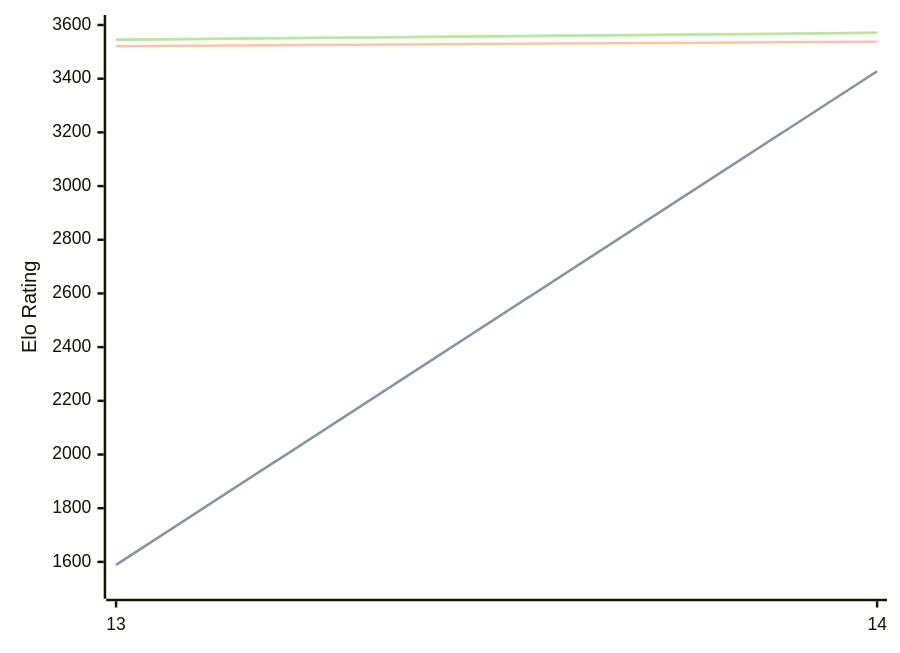
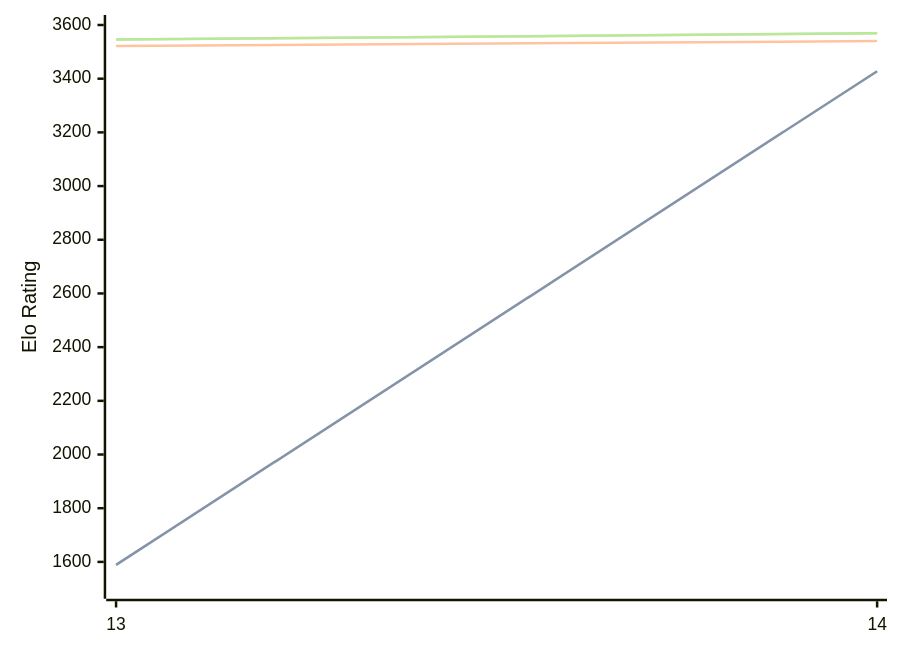
The diagram in engines/Berserk.md (computer-chess-index/cci), drawn with Mermaid before and after one commit. The commit also changed other lines of this file, not shown here.

Commit message:
Update CCI Ratings (ELO VLTC) - 2026-08-20

````diff
--- a/engines/Berserk.md
+++ b/engines/Berserk.md
@@ -33,11 +33,11 @@
 ```mermaid
 %%{init: {"theme":"base","themeVariables":{"seriesColors:['#a3a3a3','#222221','#faa371']}}}%%
 xychart-beta
   x-axis ["13", "14"]
   y-axis "Elo Rating" 1500 --> 3600
   line "STC (8.0+0.08s)" [1589, 3428]
   line "STC (8.0+0.08s)" [1589, 3428]
-  line "LTC (60.0+0.60s)" [3521, 3538]
-  line "VLTC (2m24s+1.12s)" [3545, 3571]
-  line "VLTC (2m24s+1.12s)" [3545, 3571]
+  line "LTC (60.0+0.60s)" [3522, 3540]
+  line "VLTC (2m24s+1.12s)" [3546, 3569]
+  line "VLTC (2m24s+1.12s)" [3546, 3569]
 ```
````
